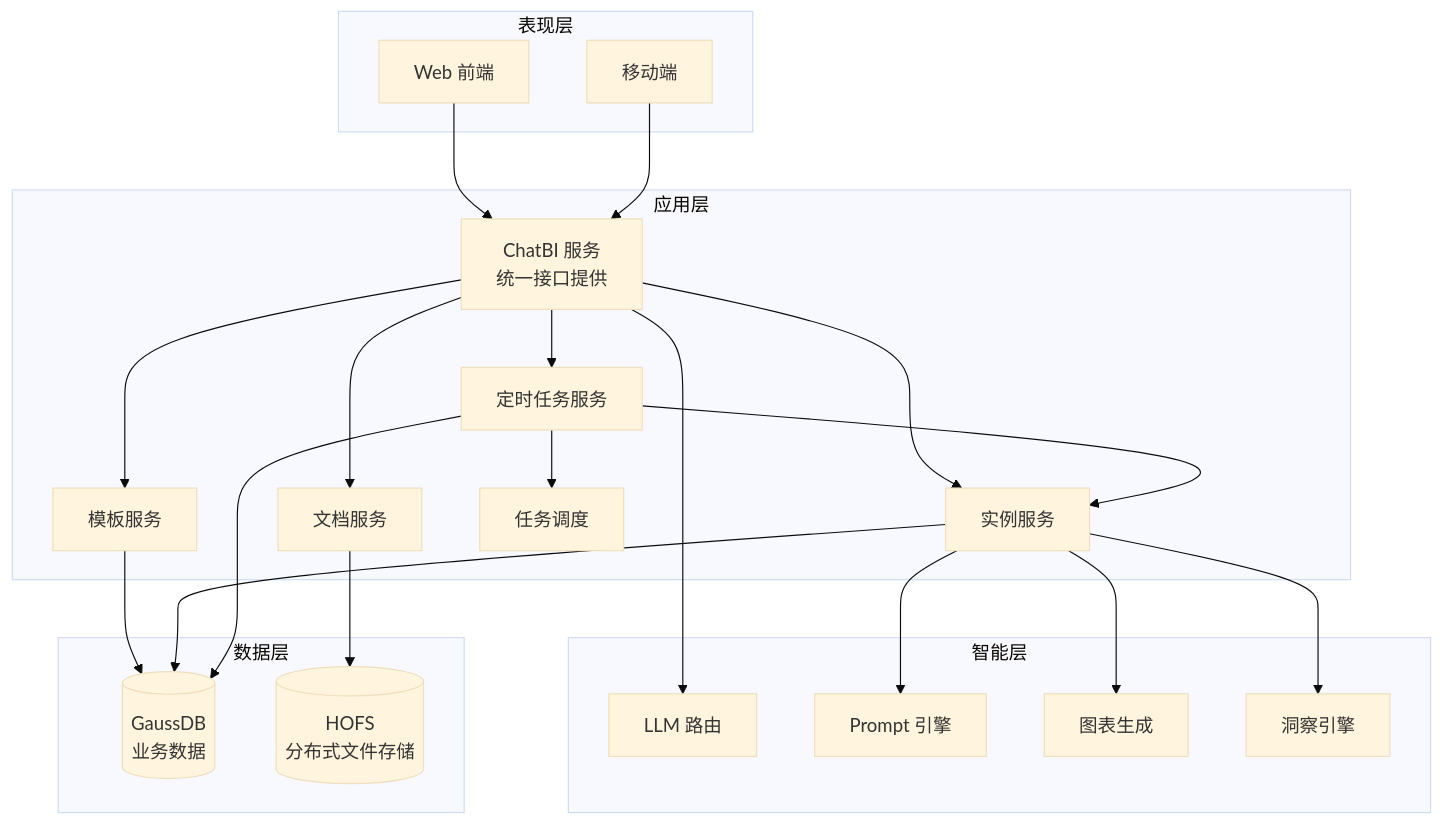
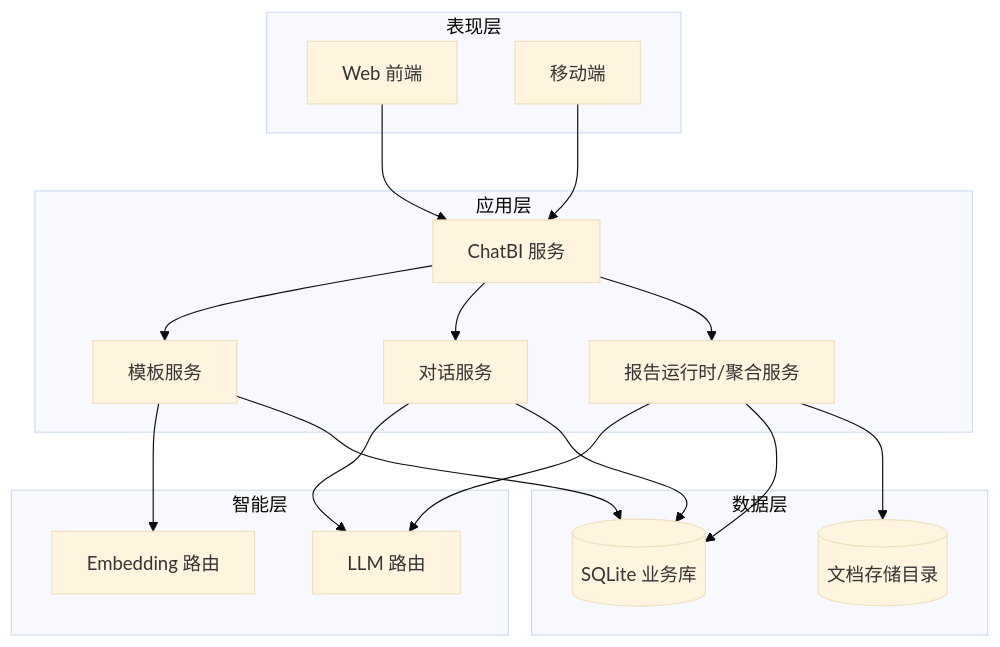
Before and after one commit to shel447/ReportSystem: the third of 3 diagrams in design/design.md, drawn with Mermaid (base theme). The commit also changed other lines of this file and 7 other files, not shown here.

````diff
--- a/design/design.md
+++ b/design/design.md
@@ -316,49 +171,40 @@
 ```mermaid
 graph TB
     subgraph 表现层
         Web[Web 前端]
         Mobile[移动端]
     end
-    
+
     subgraph 应用层
-        ChatBI[ChatBI 服务<br/>统一接口提供]
+        ChatBI[ChatBI 服务]
         TemplateService[模板服务]
-        InstanceService[实例服务]
-        DocService[文档服务]
-        SchedulerService[定时任务服务]
-        TaskScheduler[任务调度]
+        ConversationService[对话服务]
+        ReportRuntimeService[报告运行时/聚合服务]
     end
-    
+
     subgraph 智能层
         LLMRouter[LLM 路由]
-        PromptEngine[Prompt 引擎]
-        ChartGenerator[图表生成]
-        InsightEngine[洞察引擎]
+        Embedding[Embedding 路由]
     end
-    
+
     subgraph 数据层
-        GaussDB[(GaussDB<br/>业务数据)]
-        HOFS[(HOFS<br/>分布式文件存储)]
+        DB[(SQLite 业务库)]
+        Files[(文档存储目录)]
     end
-    
+
     Web --> ChatBI
     Mobile --> ChatBI
-    
+
     ChatBI --> TemplateService
-    ChatBI --> InstanceService
-    ChatBI --> DocService
-    ChatBI --> SchedulerService
-    
-    ChatBI --> LLMRouter
-    InstanceService --> PromptEngine
-    InstanceService --> ChartGenerator
-    InstanceService --> InsightEngine
-    
-    SchedulerService --> TaskScheduler
-    SchedulerService --> InstanceService
-    
-    TemplateService --> GaussDB
-    InstanceService --> GaussDB
-    SchedulerService --> GaussDB
-    DocService --> HOFS
+    ChatBI --> ConversationService
+    ChatBI --> ReportRuntimeService
+
+    ConversationService --> LLMRouter
+    TemplateService --> Embedding
+    ReportRuntimeService --> LLMRouter
+
+    TemplateService --> DB
+    ConversationService --> DB
+    ReportRuntimeService --> DB
+    ReportRuntimeService --> Files
 ```
````
